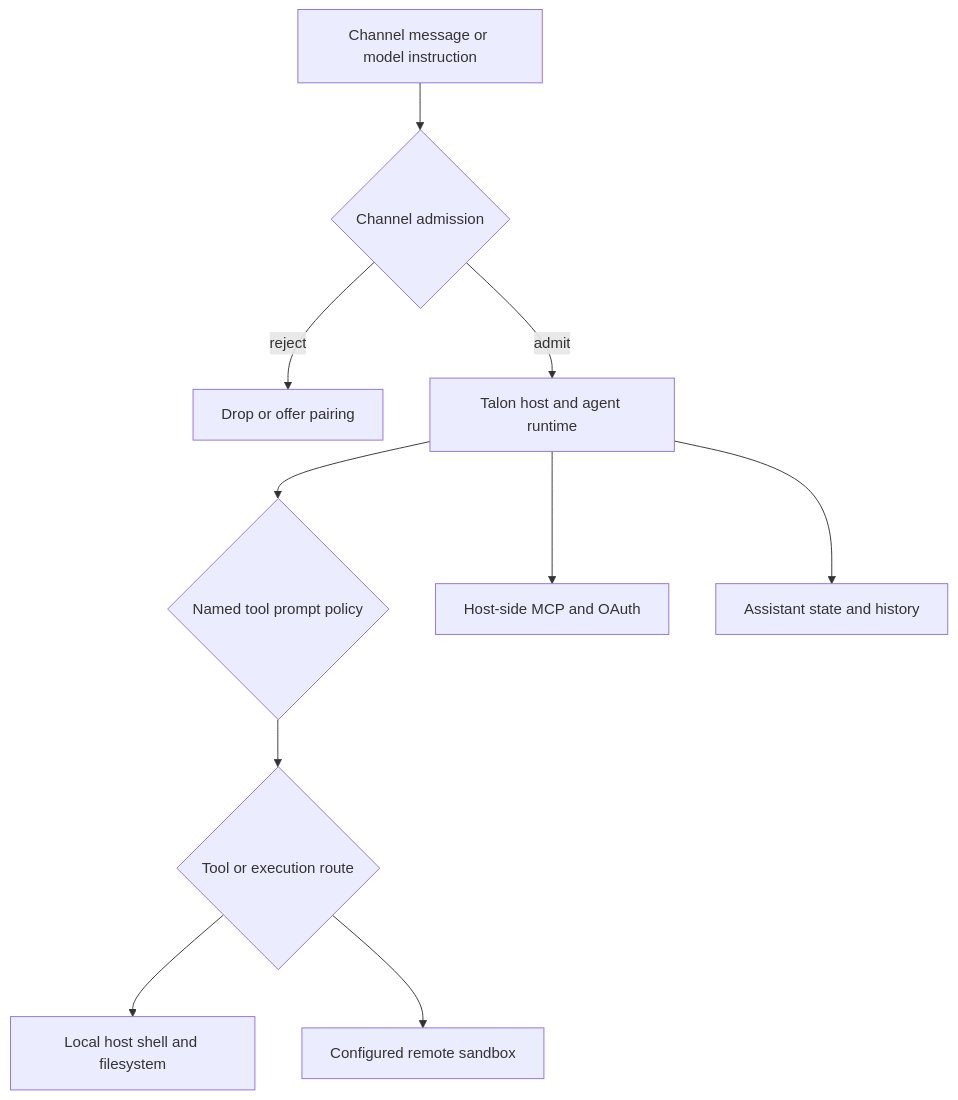
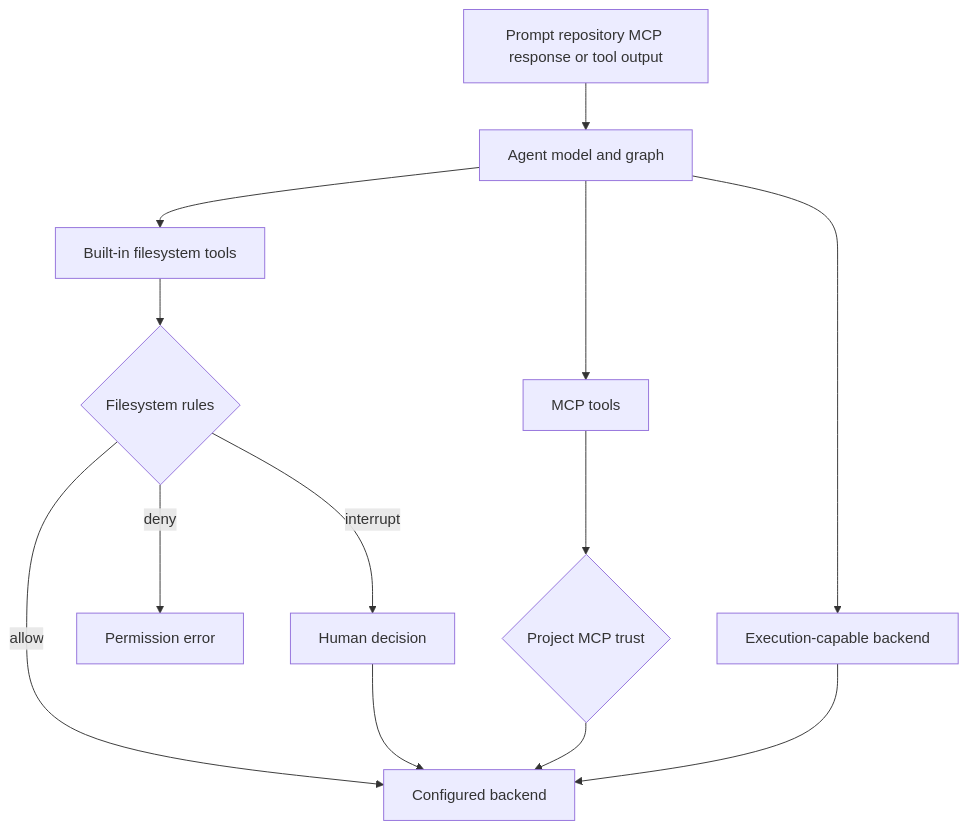
The diagram in openwiki/operations/security.md (langchain-ai/deepagents), drawn with Mermaid before and after one commit. The commit also changed other lines of this file and 67 other files, not shown here.

````diff
--- a/openwiki/operations/security.md
+++ b/openwiki/operations/security.md
@@ -55,12 +50,15 @@
 ```mermaid
 flowchart TD
-    Input["Channel message or model instruction"] --> Admit{"Channel admission"}
-    Admit -->|"reject"| Drop["Drop or offer pairing"]
-    Admit -->|"admit"| Host["Talon host and agent runtime"]
-    Host --> Prompt{"Named tool prompt policy"}
-    Prompt --> Execute{"Tool or execution route"}
-    Execute --> Local["Local host shell and filesystem"]
-    Execute --> Sandbox["Configured remote sandbox"]
-    Host --> MCP["Host-side MCP and OAuth"]
-    Host --> State["Assistant state and history"]
+    Input["Prompt repository MCP response or tool output"] --> Agent["Agent model and graph"]
+    Agent --> Fs["Built-in filesystem tools"]
+    Agent --> Mcp["MCP tools"]
+    Agent --> Exec["Execution-capable backend"]
+    Fs --> Rules{"Filesystem rules"}
+    Rules -->|"deny"| Refuse["Permission error"]
+    Rules -->|"interrupt"| Review["Human decision"]
+    Rules -->|"allow"| Backend["Configured backend"]
+    Review --> Backend
+    Mcp --> Trust{"Project MCP trust"}
+    Trust --> Backend
+    Exec --> Backend
 ```
````
